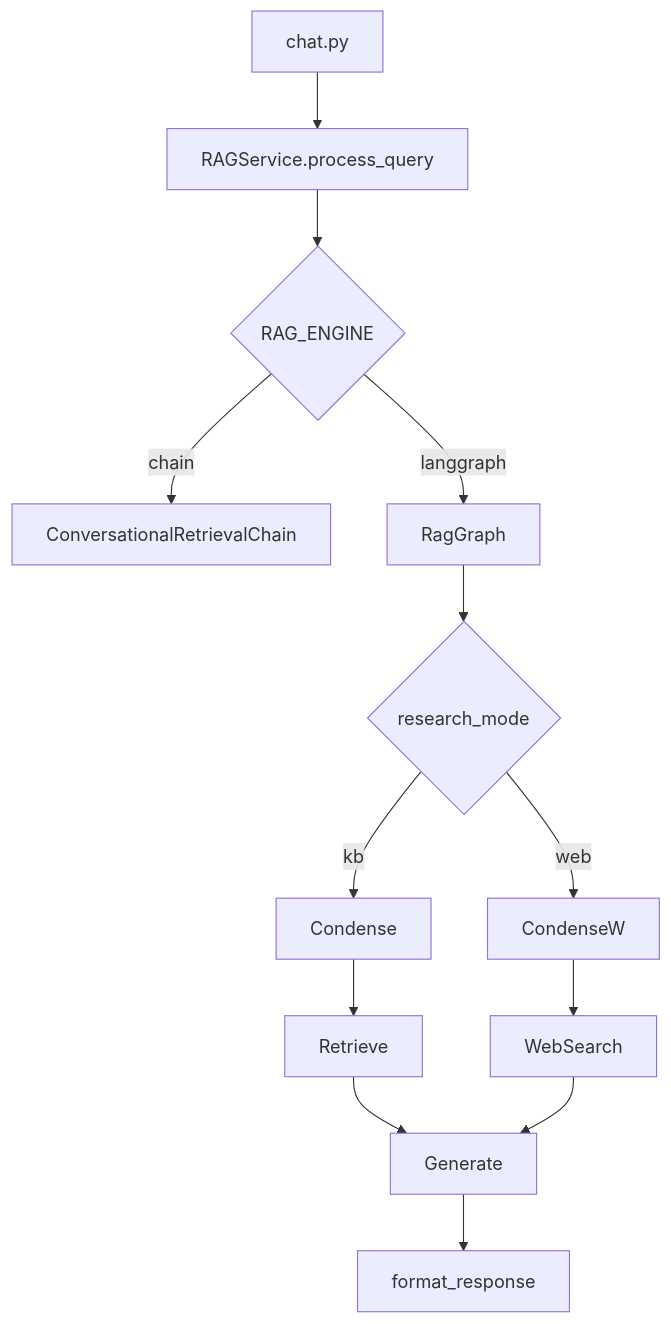
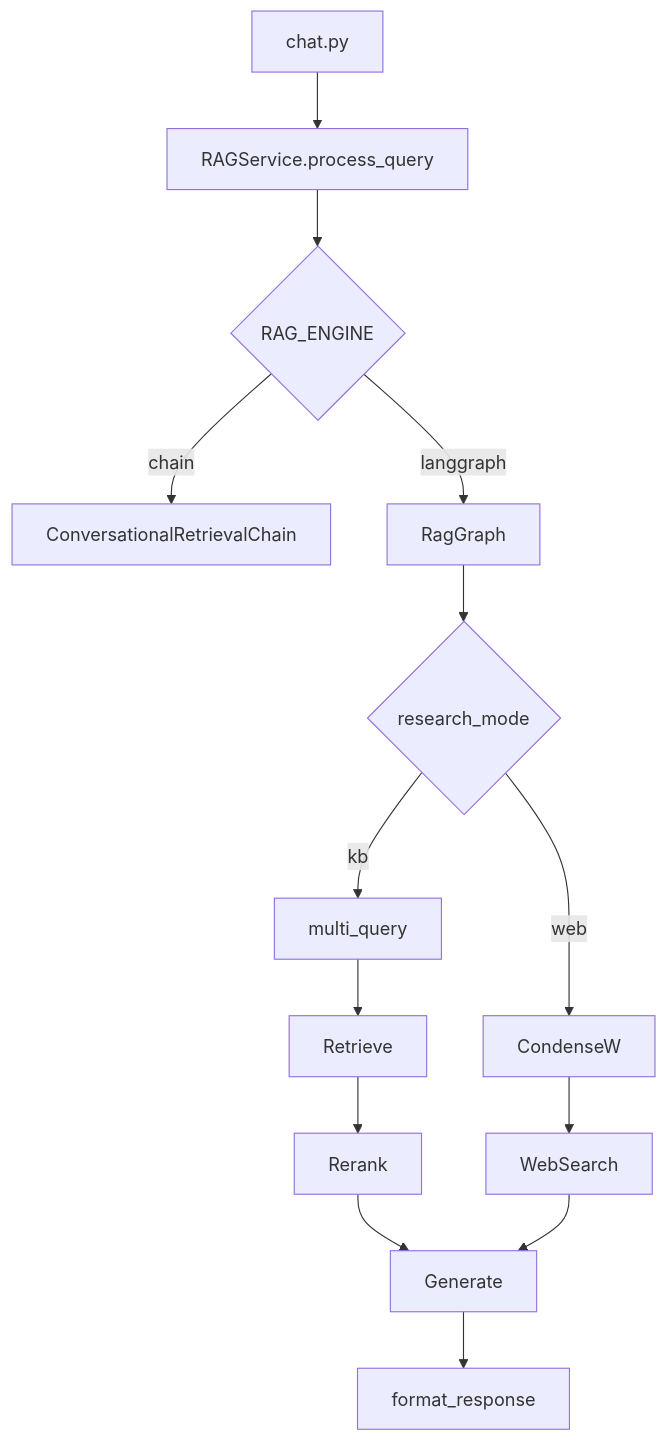
Before and after one commit to sandeep-jay/campus-rag-assistant: the diagram in docs/roadmap/LANGGRAPH.md, drawn with Mermaid. The commit also changed other lines of this file and 16 other files, not shown here.

First line of the commit message:
feat(rag): Phase 5 retrieval — multi-query, fusion, rerank, metadata filters

````diff
--- a/docs/roadmap/LANGGRAPH.md
+++ b/docs/roadmap/LANGGRAPH.md
@@ -27,11 +25,11 @@
 ```mermaid
 flowchart TB
   API[chat.py] --> RAG[RAGService.process_query]
   RAG --> Engine{RAG_ENGINE}
   Engine -->|chain| Legacy[ConversationalRetrievalChain]
   Engine -->|langgraph| Graph[RagGraph]
   Graph --> Route{research_mode}
-  Route -->|kb| Condense --> Retrieve --> Generate
+  Route -->|kb| MQ[multi_query] --> Retrieve --> Rerank --> Generate
   Route -->|web| CondenseW --> WebSearch --> Generate
   Generate --> Format[format_response]
 ```
````
